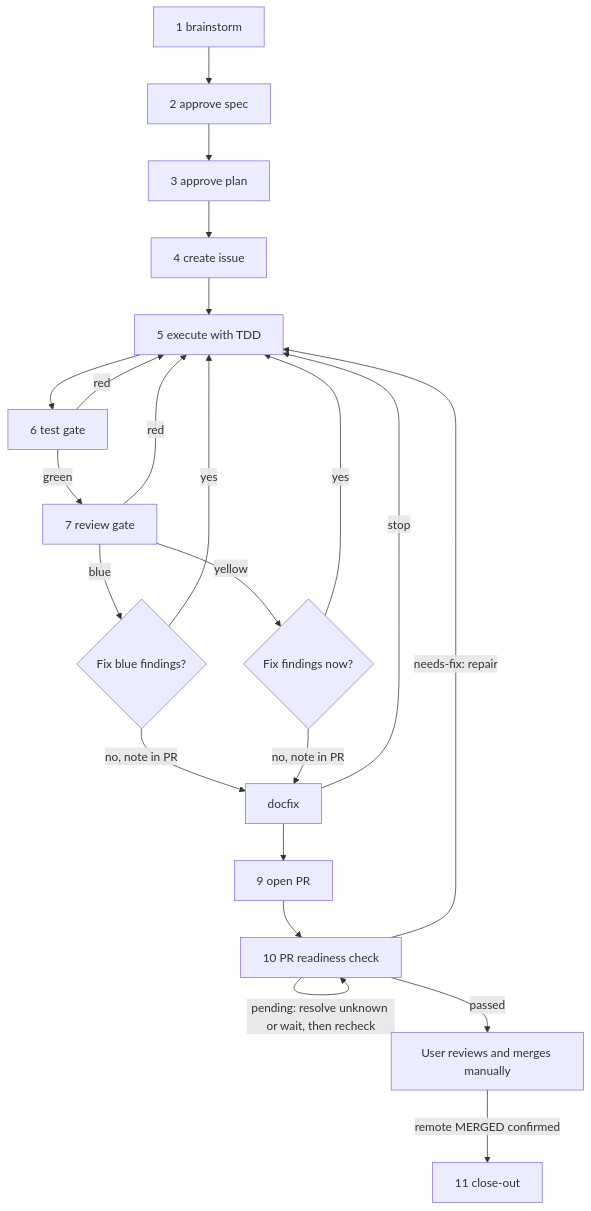
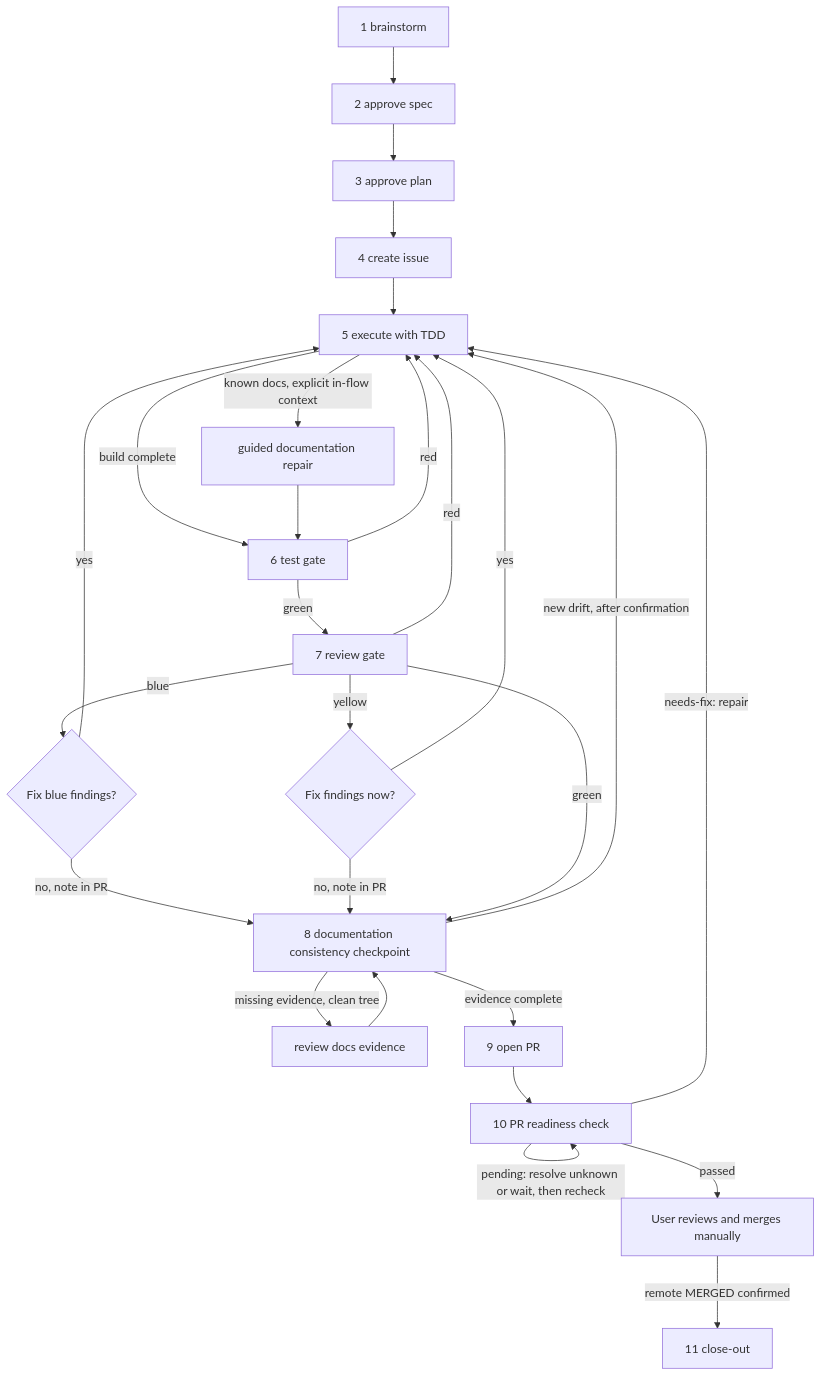
The diagram in README.md (vincy-cheng/skills), drawn with Mermaid before and after one commit. The commit also changed other lines of this file and 16 other files, not shown here.

Commit message:
feat(workflow): complete known documentation before verification

````diff
--- a/README.md
+++ b/README.md
@@ -86,22 +86,27 @@
 ```mermaid
 flowchart TD
     brainstorm[1 brainstorm] --> spec[2 approve spec] --> plan[3 approve plan]
     plan --> issue[4 create issue] --> execute[5 execute with TDD]
-    execute --> test[6 test gate]
+    execute -->|known docs, explicit in-flow context| docfix[guided documentation repair]
+    execute -->|build complete| test[6 test gate]
+    docfix --> test
     test -- red --> execute
     test -- green --> review[7 review gate]
     review -- red --> execute
     review -- blue --> bluechoice{Fix blue findings?}
     bluechoice -- yes --> execute
-    bluechoice -- no, note in PR --> docfix
+    bluechoice -- no, note in PR --> docscheck[8 documentation consistency checkpoint]
     review -- yellow --> choice{Fix findings now?}
     choice -- yes --> execute
-    choice -- no, note in PR --> docfix
-    docfix -- stop --> execute
-    docfix --> pr[9 open PR]
+    choice -- no, note in PR --> docscheck
+    review -->|green| docscheck
+    docscheck -->|missing evidence, clean tree| supplement[review docs evidence]
+    supplement --> docscheck
+    docscheck -->|new drift, after confirmation| execute
+    docscheck -->|evidence complete| pr[9 open PR]
     pr --> check[10 PR readiness check]
     check -->|pending: resolve unknown or wait, then recheck| check
     check -->|needs-fix: repair| execute
     check -->|passed| manual[User reviews and merges manually]
     manual -->|remote MERGED confirmed| closeout[11 close-out]
 ```
````
